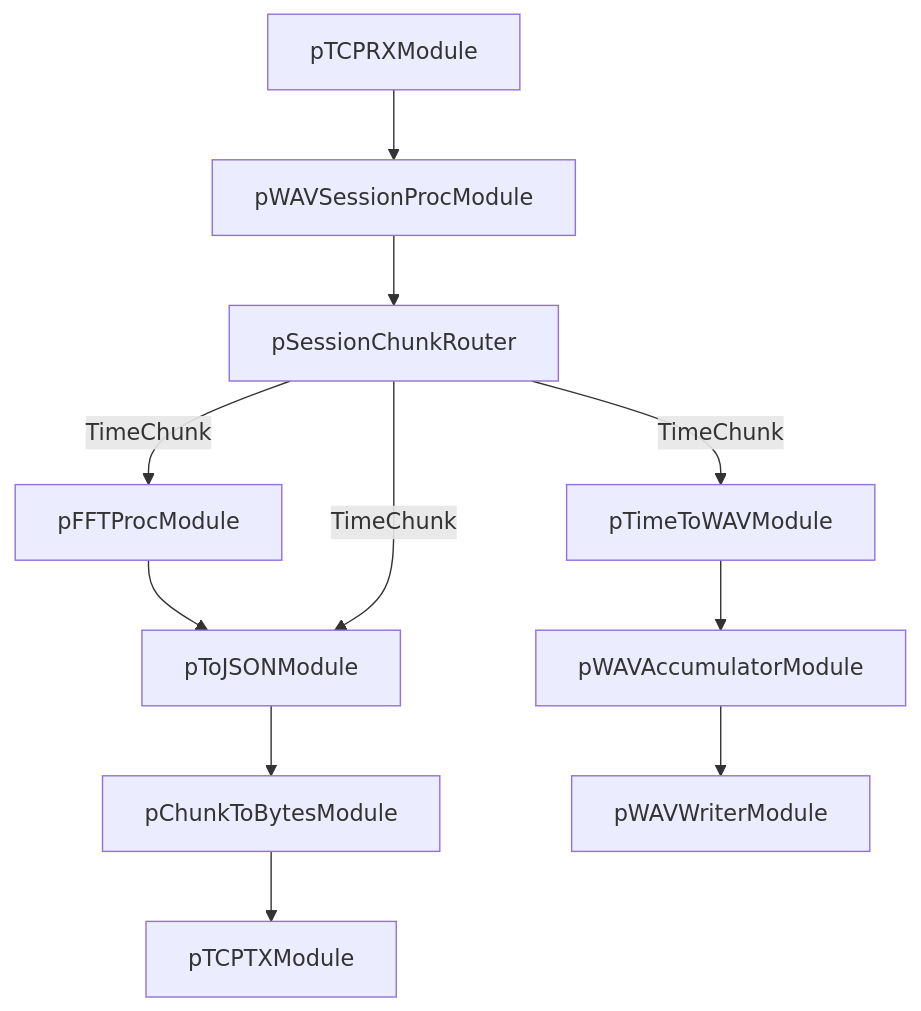
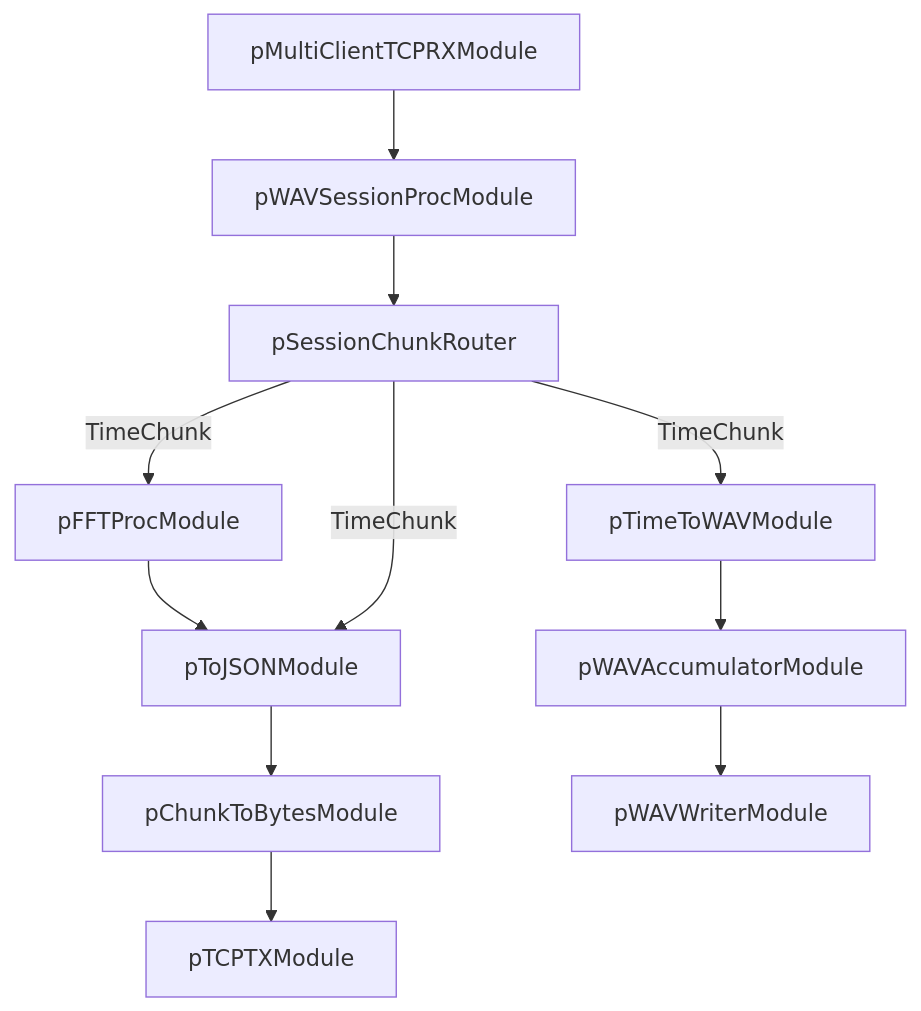
One commit to Sense-Scape/Proc_Serv changed the diagram in README.md. Above: the diagram before and after it, drawn with Mermaid.

````diff
--- a/README.md
+++ b/README.md
@@ -17,13 +17,13 @@
 ``` mermaid 
 graph TD; 
-  pTCPRXModule-->pWAVSessionProcModule
+  pMultiClientTCPRXModule-->pWAVSessionProcModule
   pWAVSessionProcModule-->pSessionChunkRouter
   pFFTProcModule-->pToJSONModule
   pToJSONModule-->pChunkToBytesModule
   pChunkToBytesModule-->pTCPTXModule
   	pTimeToWAVModule-->pWAVAccumulatorModule
   	pWAVAccumulatorModule-->pWAVWriterModule
   pSessionChunkRouter-- TimeChunk -->pToJSONModule
   pSessionChunkRouter-- TimeChunk -->pFFTProcModule
   	pSessionChunkRouter-- TimeChunk -->pTimeToWAVModule
 ```
````
